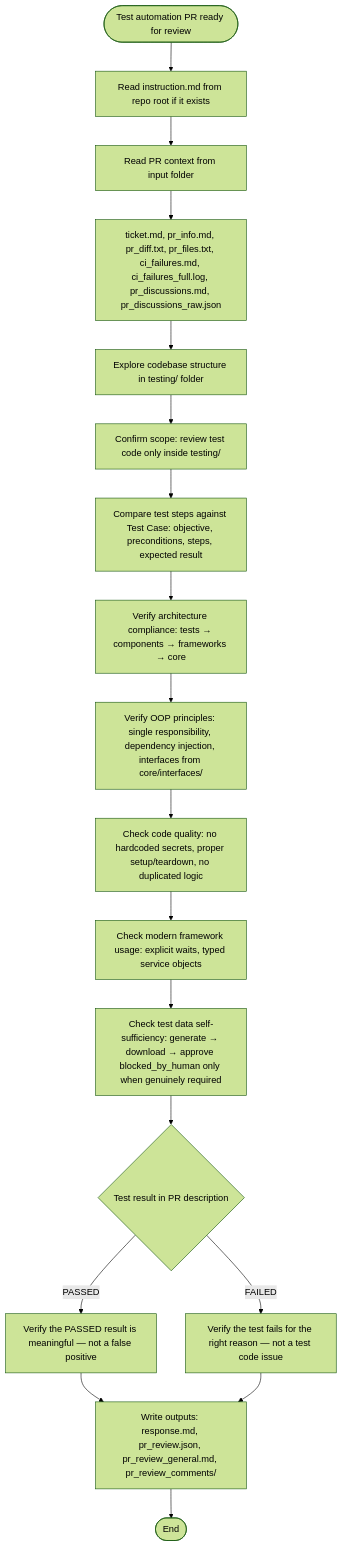
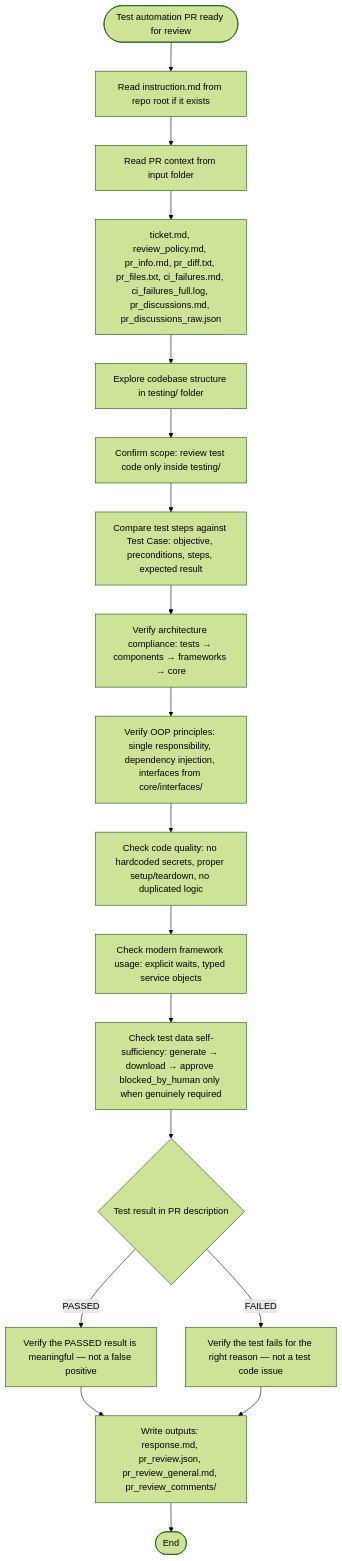
The diagram in instructions/pr_test_automation_review/general_guidelines.md (IstiN/dmtools-agents), drawn with Mermaid (forest theme) before and after one commit. The commit also changed 53 other files, not shown here.

First line of the commit message:
gh-1351 [1328 step 2/4] reviewPolicy config + verdict layer: 4-tier severity, IMPORTANT gates approval, density control (#1357)

````diff
--- a/instructions/pr_test_automation_review/general_guidelines.md
+++ b/instructions/pr_test_automation_review/general_guidelines.md
@@ -1,20 +1,20 @@
 ```mermaid
 flowchart TD
     START([Test automation PR ready for review]) --> PROJ["Read instruction.md from repo root if it exists"]
     PROJ --> INPUT["Read PR context from input folder"]
-    INPUT --> INPUTS["ticket.md, pr_info.md, pr_diff.txt, pr_files.txt, ci_failures.md, ci_failures_full.log, pr_discussions.md, pr_discussions_raw.json"]
+    INPUT --> INPUTS["ticket.md, review_policy.md, pr_info.md, pr_diff.txt, pr_files.txt, ci_failures.md, ci_failures_full.log, pr_discussions.md, pr_discussions_raw.json"]
     INPUTS --> EXPLORE["Explore codebase structure in testing/ folder"]
     EXPLORE --> SCOPE["Confirm scope: review test code only inside testing/"]
     SCOPE --> CORRECT["Compare test steps against Test Case: objective, preconditions, steps, expected result"]
     CORRECT --> ARCH["Verify architecture compliance: tests → components → frameworks → core"]
     ARCH --> OOP["Verify OOP principles: single responsibility, dependency injection, interfaces from core/interfaces/"]
     OOP --> QUALITY["Check code quality: no hardcoded secrets, proper setup/teardown, no duplicated logic"]
     QUALITY --> MODERN["Check modern framework usage: explicit waits, typed service objects"]
     MODERN --> DATA["Check test data self-sufficiency: generate → download → approve blocked_by_human only when genuinely required"]
     DATA --> RESULT{Test result in PR description}
     RESULT -->|PASSED| PASSED_REVIEW["Verify the PASSED result is meaningful — not a false positive"]
     RESULT -->|FAILED| FAILED_REVIEW["Verify the test fails for the right reason — not a test code issue"]
     PASSED_REVIEW --> OUTPUT[Write outputs: response.md, pr_review.json, pr_review_general.md, pr_review_comments/]
     FAILED_REVIEW --> OUTPUT
     OUTPUT --> END([End])
 ```
````
